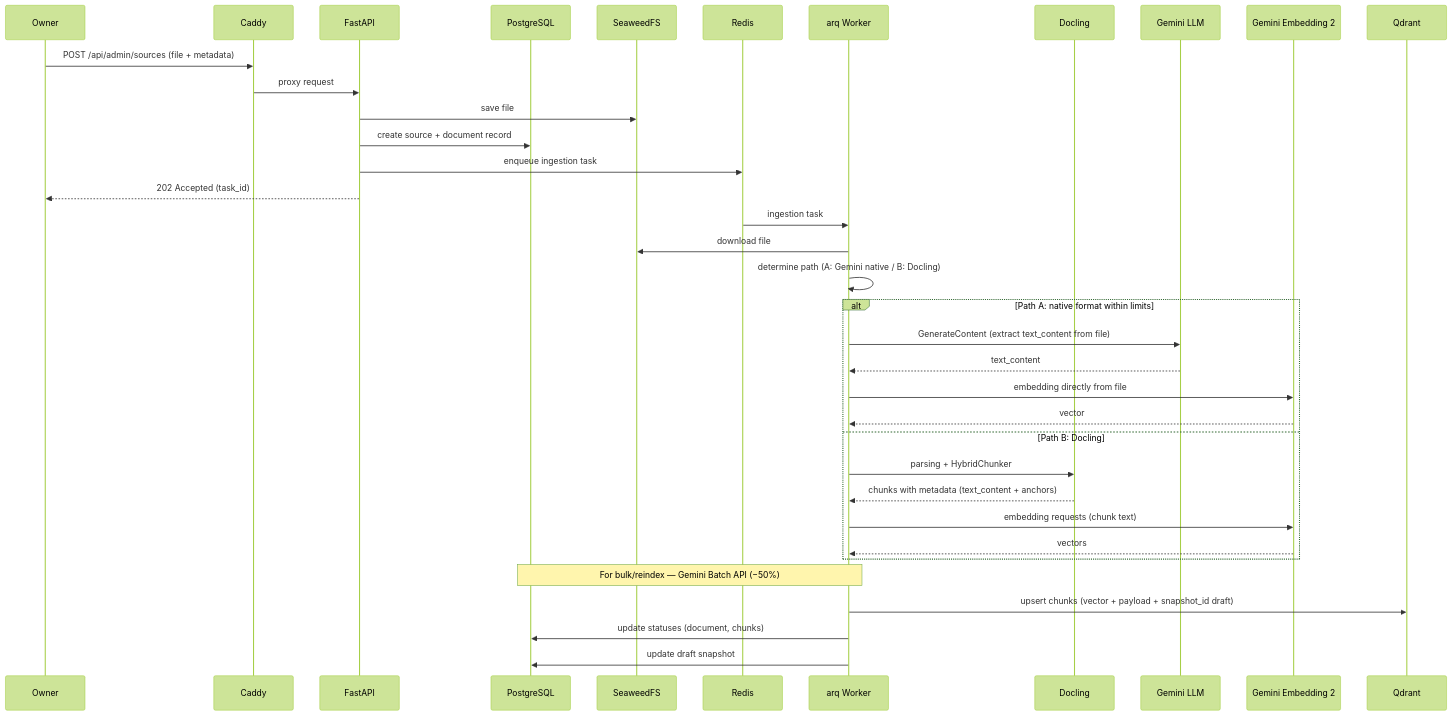
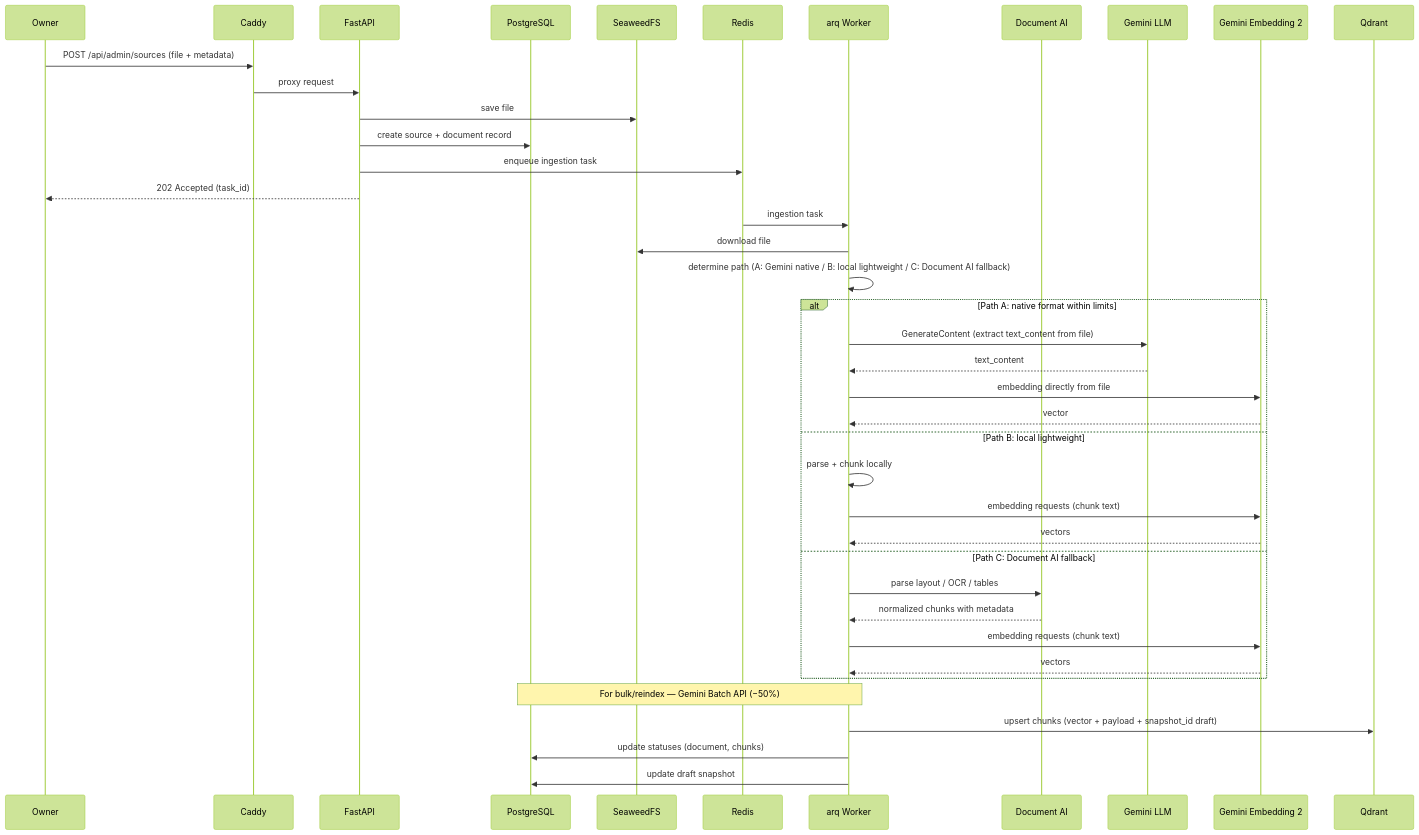
Before and after one commit to itechmeat/proxymind: the fifth of 8 diagrams in docs/architecture.md, drawn with Mermaid (forest theme). The commit also changed other lines of this file and 48 other files, not shown here.

````diff
--- a/docs/architecture.md
+++ b/docs/architecture.md
@@ -203,42 +205,46 @@
 ```mermaid
 sequenceDiagram
     participant O as Owner
     participant C as Caddy
     participant A as FastAPI
     participant PG as PostgreSQL
     participant M as SeaweedFS
     participant R as Redis
     participant W as arq Worker
-    participant D as Docling
+    participant DAI as Document AI
     participant GL as Gemini LLM
     participant GE as Gemini Embedding 2
     participant Q as Qdrant
 
     O->>C: POST /api/admin/sources (file + metadata)
     C->>A: proxy request
     A->>M: save file
     A->>PG: create source + document record
     A->>R: enqueue ingestion task
     A-->>O: 202 Accepted (task_id)
 
     R->>W: ingestion task
     W->>M: download file
-    W->>W: determine path (A: Gemini native / B: Docling)
+    W->>W: determine path (A: Gemini native / B: local lightweight / C: Document AI fallback)
 
     alt Path A: native format within limits
         W->>GL: GenerateContent (extract text_content from file)
         GL-->>W: text_content
         W->>GE: embedding directly from file
         GE-->>W: vector
-    else Path B: Docling
-        W->>D: parsing + HybridChunker
-        D-->>W: chunks with metadata (text_content + anchors)
+    else Path B: local lightweight
+        W->>W: parse + chunk locally
+        W->>GE: embedding requests (chunk text)
+        GE-->>W: vectors
+    else Path C: Document AI fallback
+        W->>DAI: parse layout / OCR / tables
+        DAI-->>W: normalized chunks with metadata
         W->>GE: embedding requests (chunk text)
         GE-->>W: vectors
     end
 
     Note over W,PG: For bulk/reindex — Gemini Batch API (−50%)
     W->>Q: upsert chunks (vector + payload + snapshot_id draft)
     W->>PG: update statuses (document, chunks)
     W->>PG: update draft snapshot
 ```
````
